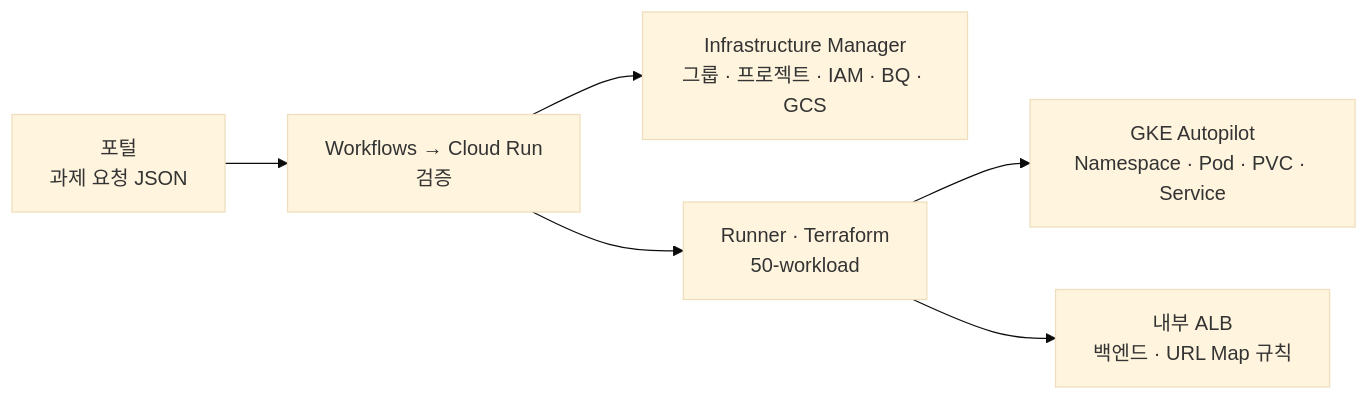
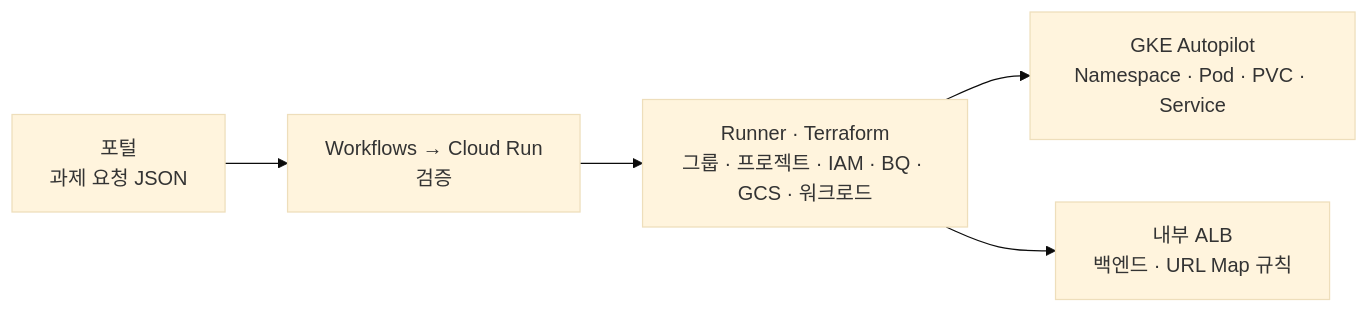
Before and after one commit to sonmap/GCP_SBX_Test03: the diagram in README.md, drawn with Mermaid (base theme). The commit also changed other lines of this file and 15 other files, not shown here.

First line of the commit message:
Run every Terraform stage in the runner with one state layout

````diff
--- a/README.md
+++ b/README.md
@@ -14,8 +14,7 @@
 ```mermaid
 flowchart LR
     P["포털<br/>과제 요청 JSON"] --> W["Workflows → Cloud Run<br/>검증"]
-    W --> A["Infrastructure Manager<br/>그룹 · 프로젝트 · IAM · BQ · GCS"]
-    W --> B["Runner · Terraform<br/>50-workload"]
+    W --> B["Runner · Terraform<br/>그룹 · 프로젝트 · IAM · BQ · GCS · 워크로드"]
     B --> K["GKE Autopilot<br/>Namespace · Pod · PVC · Service"]
     B --> L["내부 ALB<br/>백엔드 · URL Map 규칙"]
 ```
````
